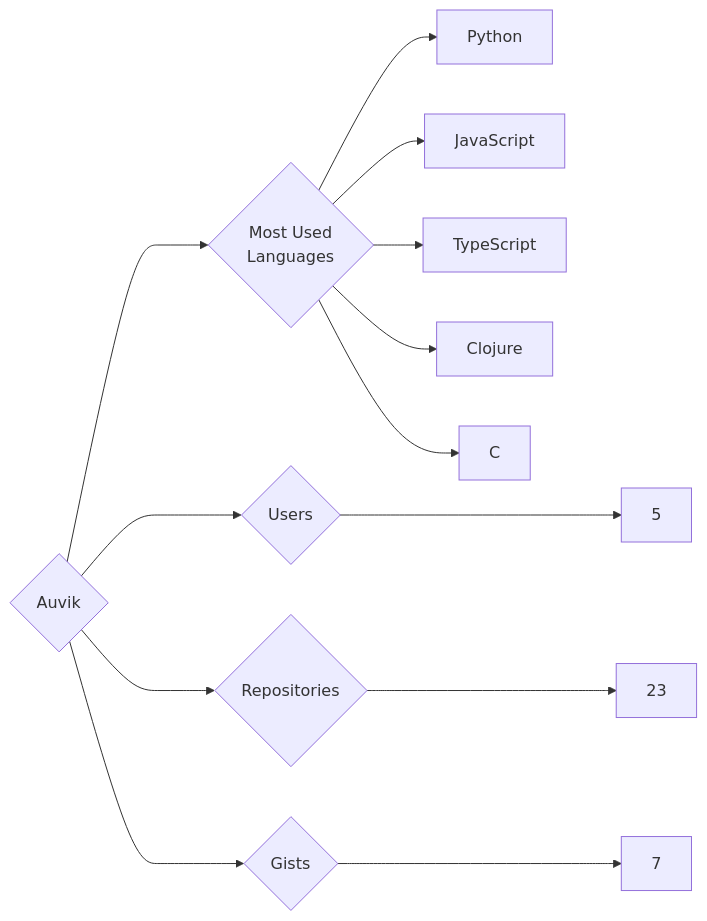
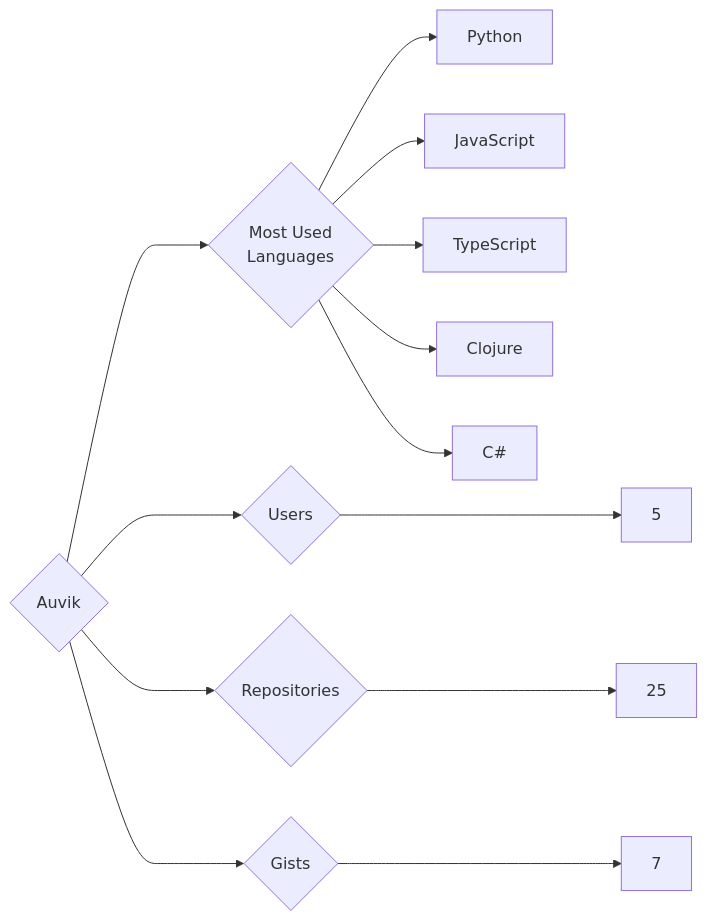
The diagram in targets/Auvik/README.md (trickest/insiders), drawn with Mermaid before and after one commit. The commit also changed 880 other files, not shown here.

````diff
--- a/targets/Auvik/README.md
+++ b/targets/Auvik/README.md
@@ -3,13 +3,13 @@
 ```mermaid
 graph LR
 COMPANY_NAME{Auvik}
 COMPANY_NAME ---> U{Users} ---> UN[5]
-COMPANY_NAME ---> R{Repositories} ---> RN[23]
+COMPANY_NAME ---> R{Repositories} ---> RN[25]
 COMPANY_NAME ---> G{Gists} ---> GN[7]
 COMPANY_NAME ---> ML{Most Used<br>Languages}
 ML --> Python[Python]
 ML --> JavaScript[JavaScript]
 ML --> TypeScript[TypeScript]
 ML --> Clojure[Clojure]
-ML --> C[C]
+ML --> C#[C#]
 ```
````
